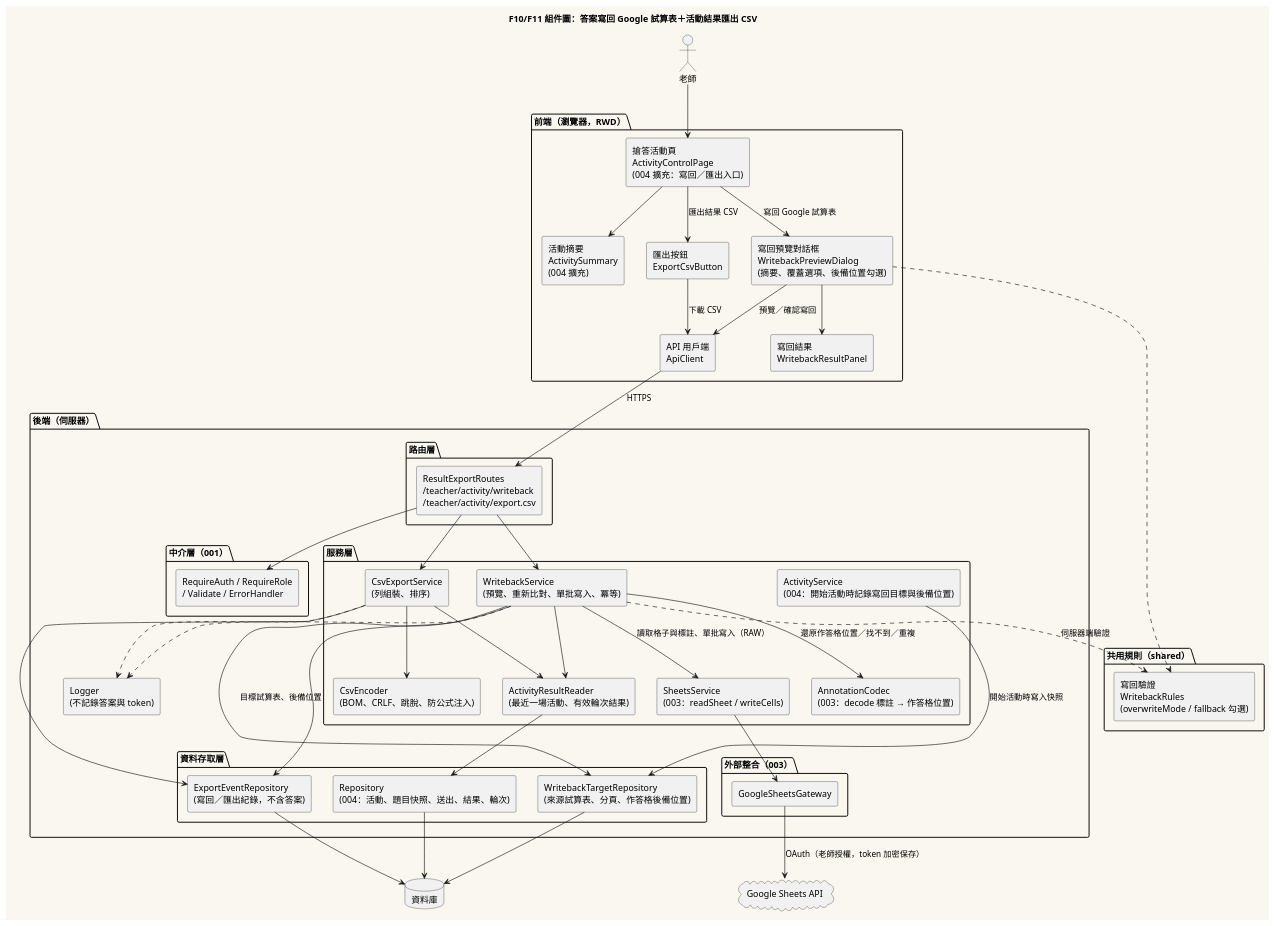
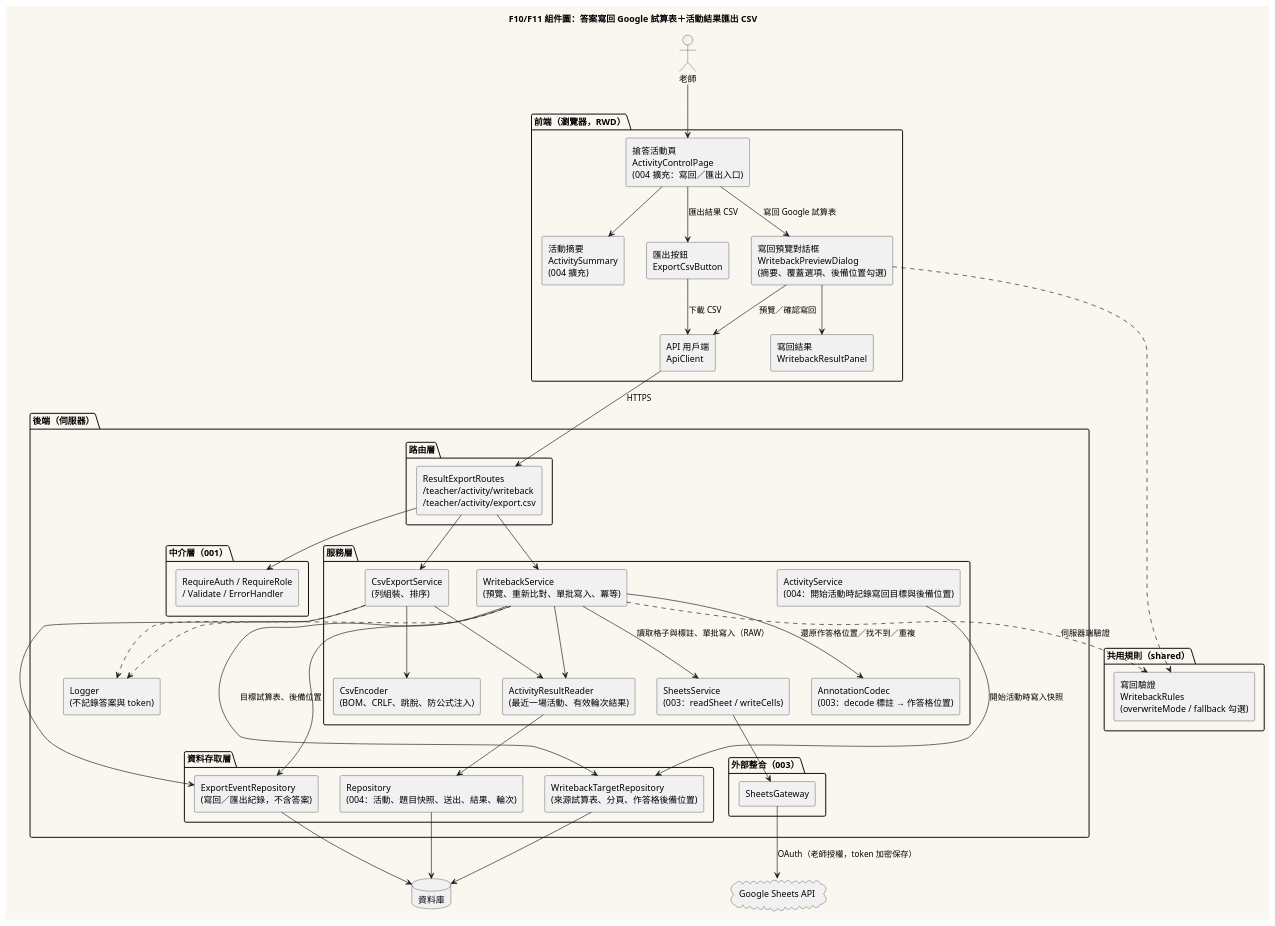
One commit to Ennn-1023/SE_project changed the diagram in diagrams/005-component.puml. Above: the diagram before and after it, drawn with PlantUML. The commit also changed 50 other files, not shown here.

```diff
--- a/diagrams/005-component.puml
+++ b/diagrams/005-component.puml
@@ -1,86 +1,86 @@
 @startuml 005-component
 title F10/F11 組件圖：答案寫回 Google 試算表＋活動結果匯出 CSV
 
 skinparam componentStyle rectangle
 skinparam backgroundColor #FAF7F0
 skinparam shadowing false
 
 actor "老師" as Teacher
 
 package "前端（瀏覽器，RWD）" as FE {
   [搶答活動頁\nActivityControlPage\n(004 擴充：寫回／匯出入口)] as ActPage
   [活動摘要\nActivitySummary\n(004 擴充)] as Summary
   [寫回預覽對話框\nWritebackPreviewDialog\n(摘要、覆蓋選項、後備位置勾選)] as PreviewDlg
   [寫回結果\nWritebackResultPanel] as ResultPanel
   [匯出按鈕\nExportCsvButton] as ExportBtn
   [API 用戶端\nApiClient] as ApiClient
 }
 
 package "共用規則（shared）" as SH {
   [寫回驗證\nWritebackRules\n(overwriteMode / fallback 勾選)] as Rules
 }
 
 package "後端（伺服器）" as BE {
   package "路由層" {
     [ResultExportRoutes\n/teacher/activity/writeback\n/teacher/activity/export.csv] as ExpRoutes
   }
   package "中介層（001）" {
     [RequireAuth / RequireRole\n/ Validate / ErrorHandler] as MW
   }
   package "服務層" {
     [ActivityResultReader\n(最近一場活動、有效輪次結果)] as Reader
     [WritebackService\n(預覽、重新比對、單批寫入、冪等)] as WbSvc
     [CsvExportService\n(列組裝、排序)] as CsvSvc
     [CsvEncoder\n(BOM、CRLF、跳脫、防公式注入)] as Encoder
     [SheetsService\n(003：readSheet / writeCells)] as Sheets
     [AnnotationCodec\n(003：decode 標註 → 作答格位置)] as Codec
     [ActivityService\n(004：開始活動時記錄寫回目標與後備位置)] as ActSvc
   }
   package "資料存取層" {
     [Repository\n(004：活動、題目快照、送出、結果、輪次)] as ActRepo
     [WritebackTargetRepository\n(來源試算表、分頁、作答格後備位置)] as TargetRepo
     [ExportEventRepository\n(寫回／匯出紀錄，不含答案)] as EventRepo
   }
   package "外部整合（003）" {
-    [GoogleSheetsGateway] as Gateway
+    [SheetsGateway] as Gateway
   }
   [Logger\n(不記錄答案與 token)] as Logger
 }
 
 database "資料庫" as DB
 cloud "Google Sheets API" as Google
 
 Teacher --> ActPage
 ActPage --> Summary
 ActPage --> PreviewDlg : 寫回 Google 試算表
 ActPage --> ExportBtn : 匯出結果 CSV
 PreviewDlg --> ResultPanel
 PreviewDlg ..> Rules
 PreviewDlg --> ApiClient : 預覽／確認寫回
 ExportBtn --> ApiClient : 下載 CSV
 
 ApiClient --> ExpRoutes : HTTPS
 ExpRoutes --> MW
 ExpRoutes --> WbSvc
 ExpRoutes --> CsvSvc
 
 WbSvc ..> Rules : 伺服器端驗證
 WbSvc --> Reader
 WbSvc --> TargetRepo : 目標試算表、後備位置
 WbSvc --> Sheets : 讀取格子與標註、單批寫入（RAW）
 WbSvc --> Codec : 還原作答格位置／找不到／重複
 WbSvc --> EventRepo
 CsvSvc --> Reader
 CsvSvc --> Encoder
 CsvSvc --> EventRepo
 Reader --> ActRepo
 ActSvc --> TargetRepo : 開始活動時寫入快照
 Sheets --> Gateway
 Gateway --> Google : OAuth（老師授權，token 加密保存）
 
 ActRepo --> DB
 TargetRepo --> DB
 EventRepo --> DB
 WbSvc ..> Logger
 CsvSvc ..> Logger
 @enduml
```
